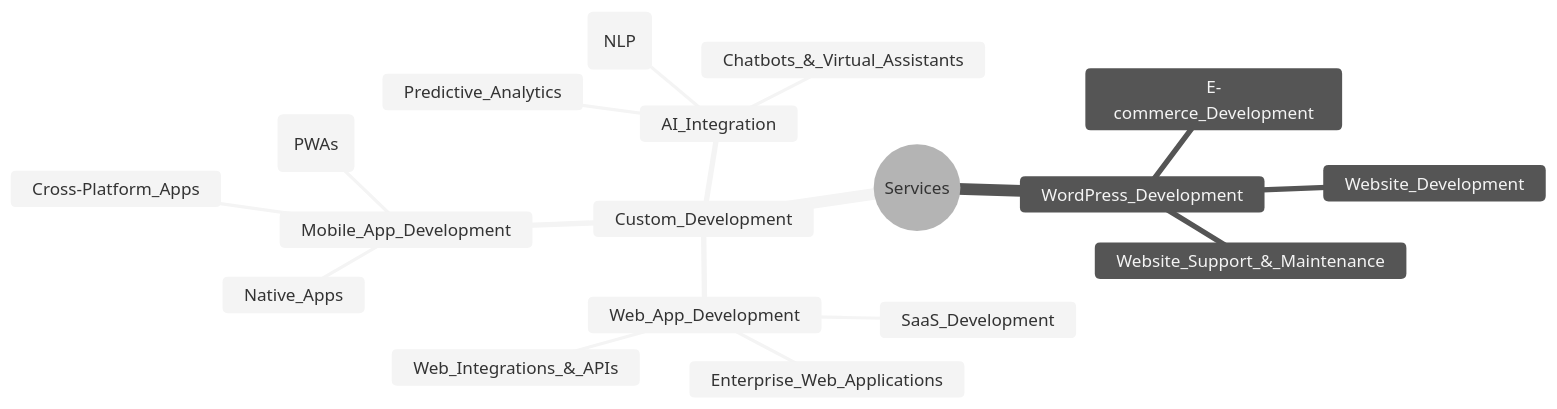
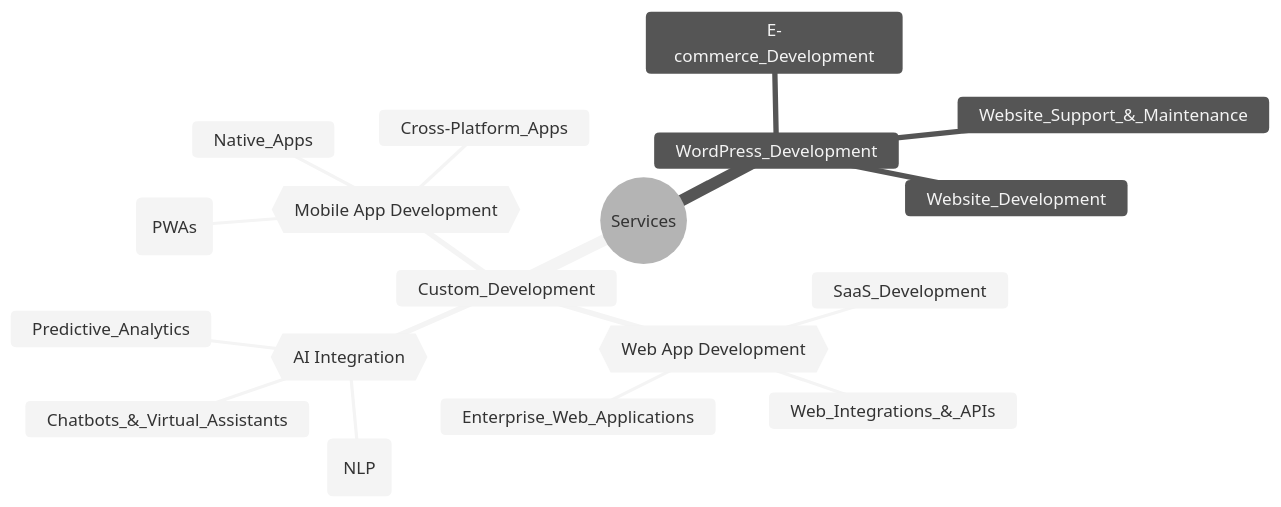
The diagram in profile/SERVICES.md (outsoarph/.github), drawn with Mermaid (neutral theme) before and after one commit.

Commit message:
Refactor mindmap in SERVICES.md to improve service section labels for better clarity and organization

````diff
--- a/profile/SERVICES.md
+++ b/profile/SERVICES.md
@@ -3,21 +3,21 @@
 ```mermaid
 mindmap
   root((Services))
     Custom_Development
-      Web_App_Development
+      Web_App_Development{{Web App Development}}
         SaaS_Development
         Enterprise_Web_Applications
         Web_Integrations_&_APIs
-      Mobile_App_Development
+      Mobile_App_Development{{Mobile App Development}}
         Cross-Platform_Apps
         Native_Apps
         Progressive_Web_Apps_(PWAs)
-      AI_Integration
+      AI_Integration{{AI Integration}}
         Chatbots_&_Virtual_Assistants
         Predictive_Analytics
         Natural_Language_Processing_(NLP)
     WordPress_Development
       Website_Development
       E-commerce_Development
       Website_Support_&_Maintenance
 ```
````
